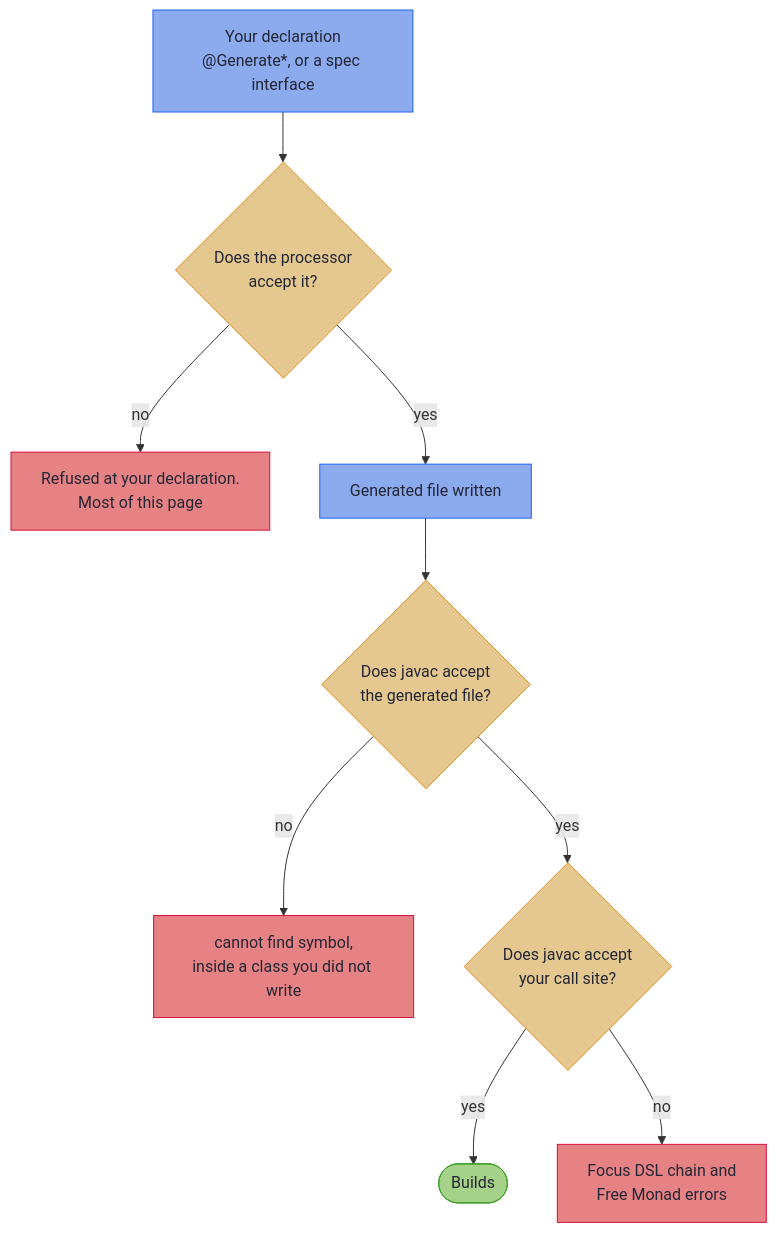
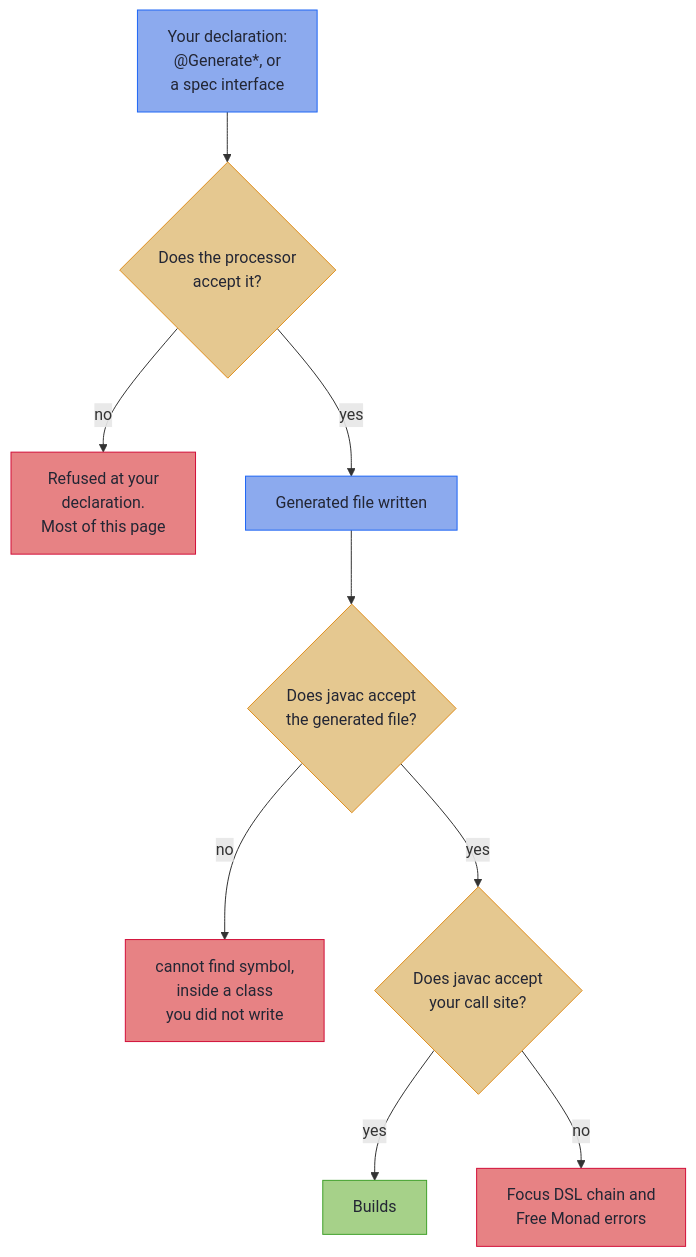
One commit to higher-kinded-j/higher-kinded-j.github.io changed the diagram in latest/optics/compiler_errors.md. Above: the diagram before and after it, drawn with Mermaid. The commit also changed 55 other files, not shown here.

````diff
--- a/latest/optics/compiler_errors.md
+++ b/latest/optics/compiler_errors.md
@@ -113,30 +113,32 @@
 ```mermaid
 flowchart TD
-    D["Your declaration<br/>@Generate*, or a spec interface"]
+    accTitle: Where a compiler message came from
+    accDescr: Your declaration goes to the processor first, and a refusal there is reported at your declaration, which is most of this page. An accepted declaration becomes a generated file; javac refusing that file reports cannot find symbol inside a class you did not write. If javac refuses your call site instead, the message is a Focus DSL chain or Free Monad error; otherwise the build succeeds.
+    D["Your declaration:<br/>@Generate*, or<br/>a spec interface"]
     P{"Does the processor<br/>accept it?"}
-    R["Refused at your declaration.<br/>Most of this page"]
+    R["Refused at your<br/>declaration.<br/>Most of this page"]
     G["Generated file written"]
     J{"Does javac accept<br/>the generated file?"}
-    JG["cannot find symbol,<br/>inside a class you did not write"]
+    JG["cannot find symbol,<br/>inside a class<br/>you did not write"]
     C{"Does javac accept<br/>your call site?"}
     CC["Focus DSL chain and<br/>Free Monad errors"]
-    OK(["Builds"])
+    OK["Builds"]
 
     D --> P
     P -->|no| R
     P -->|yes| G
     G --> J
     J -->|no| JG
     J -->|yes| C
     C -->|yes| OK
     C -->|no| CC
 
     classDef step fill:#8caaee,stroke:#1e66f5,color:#232634
     classDef decision fill:#e5c890,stroke:#df8e1d,color:#232634
     classDef error fill:#e78284,stroke:#d20f39,color:#232634
     classDef ok fill:#a6d189,stroke:#40a02b,color:#232634
     class D,G step
     class P,J,C decision
     class R,JG,CC error
     class OK ok
 ```
````
